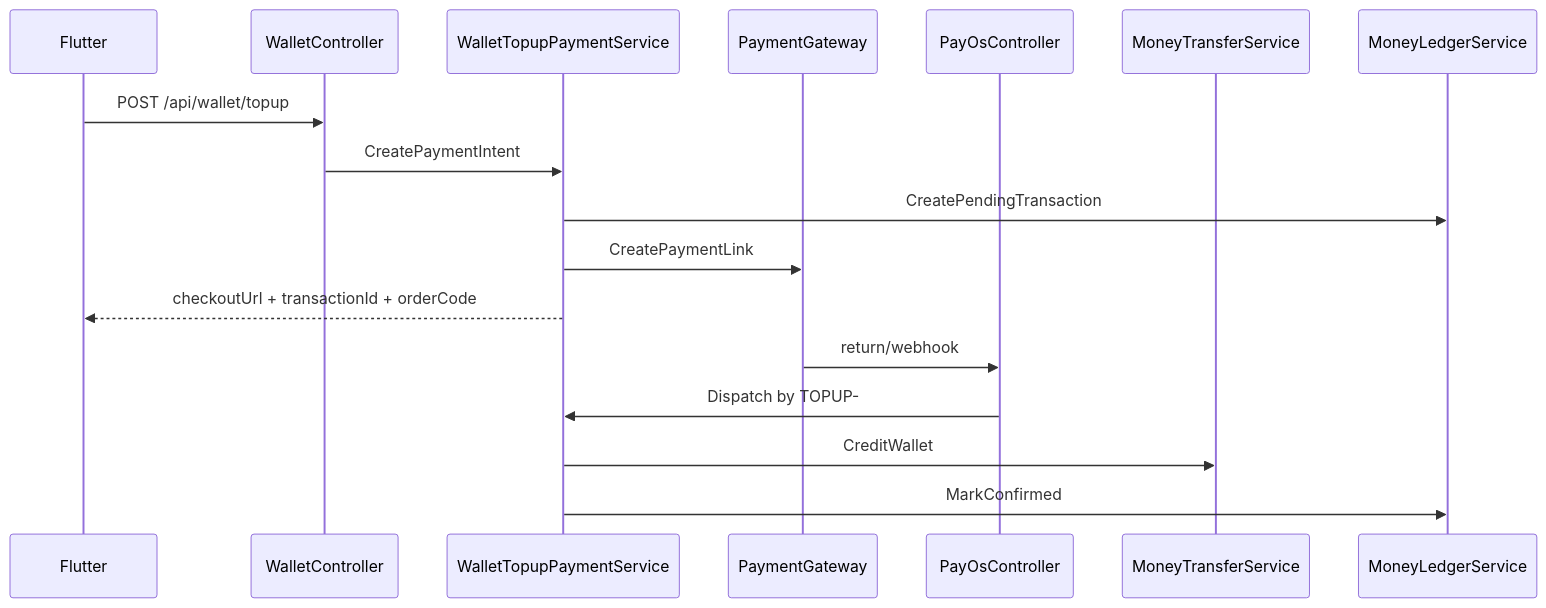
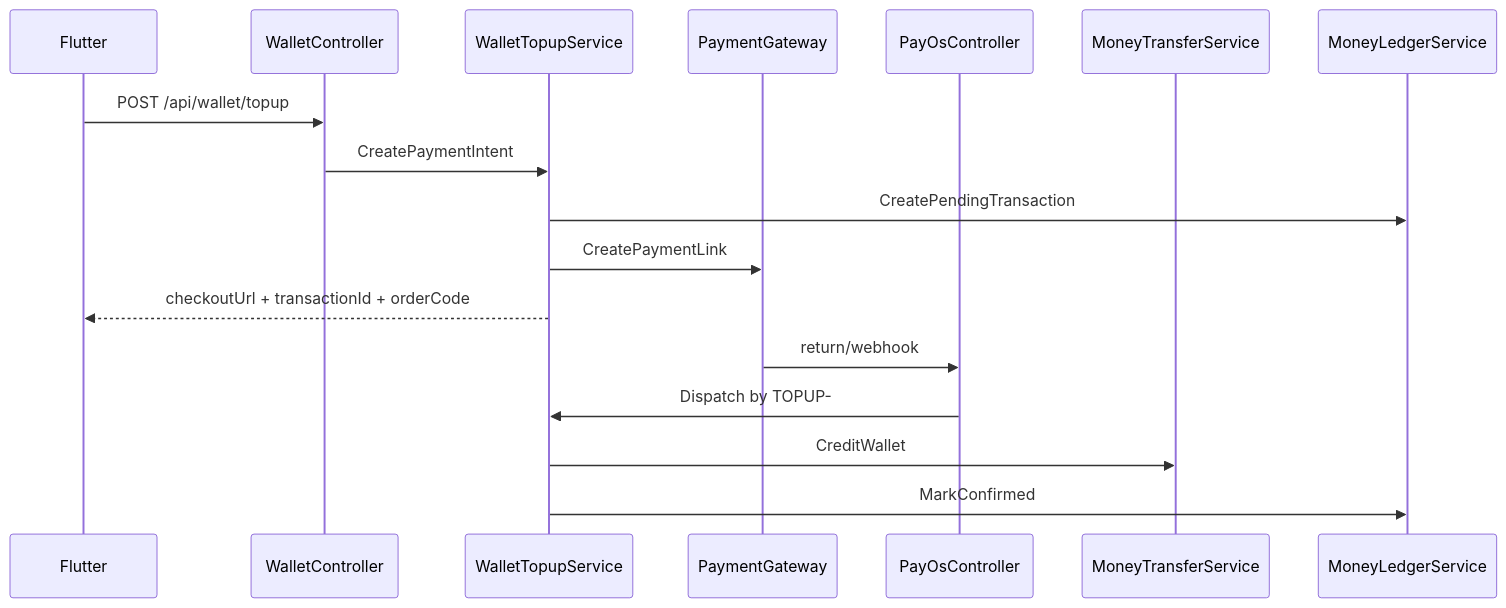
The fourth of 5 diagrams in Docs/05-Backend/02-layers/money-aspect/money-aspect.sourcemap.md (Snake-AID/SnakeAid.Docs), drawn with Mermaid before and after one commit. The commit also changed other lines of this file and 2 other files, not shown here.

Commit message:
feat(docs): update money aspect documentation to reflect naming convention changes for WalletTopupService and related classes

````diff
--- a/Docs/05-Backend/02-layers/money-aspect/money-aspect.sourcemap.md
+++ b/Docs/05-Backend/02-layers/money-aspect/money-aspect.sourcemap.md
@@ -176,21 +176,21 @@
 ```mermaid
 sequenceDiagram
     participant Flutter
     participant WalletController
-    participant WalletTopupPaymentService
+    participant WalletTopupService
     participant PaymentGateway
     participant PayOsController
     participant MoneyTransferService
     participant MoneyLedgerService
 
     Flutter->>WalletController: POST /api/wallet/topup
-    WalletController->>WalletTopupPaymentService: CreatePaymentIntent
-    WalletTopupPaymentService->>MoneyLedgerService: CreatePendingTransaction
-    WalletTopupPaymentService->>PaymentGateway: CreatePaymentLink
-    WalletTopupPaymentService-->>Flutter: checkoutUrl + transactionId + orderCode
+    WalletController->>WalletTopupService: CreatePaymentIntent
+    WalletTopupService->>MoneyLedgerService: CreatePendingTransaction
+    WalletTopupService->>PaymentGateway: CreatePaymentLink
+    WalletTopupService-->>Flutter: checkoutUrl + transactionId + orderCode
 
     PaymentGateway->>PayOsController: return/webhook
-    PayOsController->>WalletTopupPaymentService: Dispatch by TOPUP-
-    WalletTopupPaymentService->>MoneyTransferService: CreditWallet
-    WalletTopupPaymentService->>MoneyLedgerService: MarkConfirmed
+    PayOsController->>WalletTopupService: Dispatch by TOPUP-
+    WalletTopupService->>MoneyTransferService: CreditWallet
+    WalletTopupService->>MoneyLedgerService: MarkConfirmed
 ```
````
